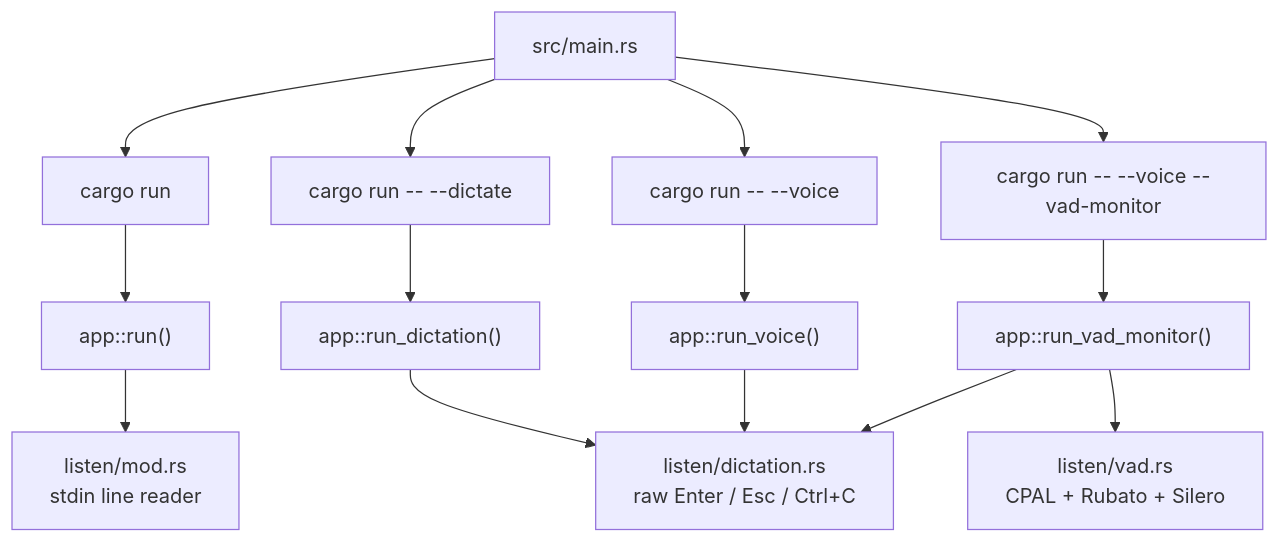
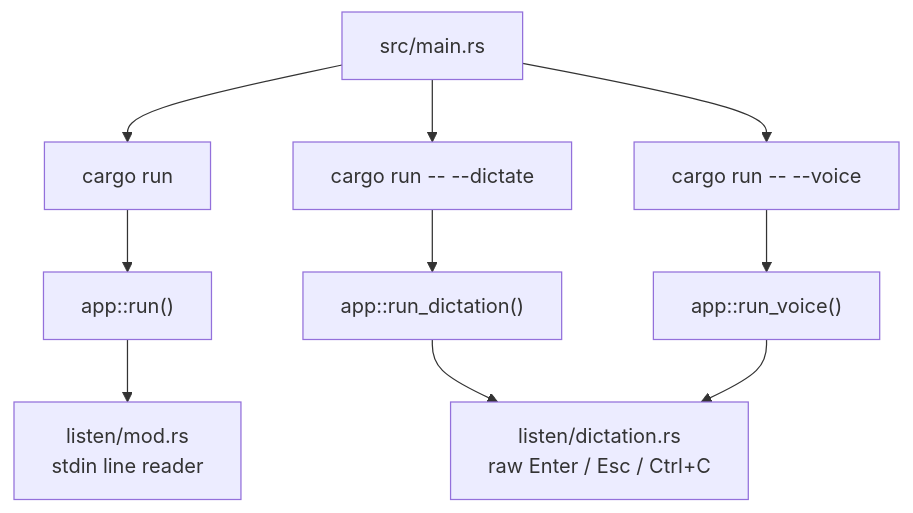
Before and after one commit to samuelebstein/independence: the first of 4 diagrams in README.md, drawn with Mermaid. The commit also changed other lines of this file and 15 other files, not shown here.

````diff
--- a/README.md
+++ b/README.md
@@ -629,18 +470,14 @@
 ```mermaid
 flowchart TD
     Main[src/main.rs] --> Typed["cargo run"]
     Main --> Dictate["cargo run -- --dictate"]
     Main --> Voice["cargo run -- --voice"]
-    Main --> Vad["cargo run -- --voice --vad-monitor"]
 
     Typed --> TypedApp["app::run()"]
     Dictate --> DictationApp["app::run_dictation()"]
     Voice --> VoiceApp["app::run_voice()"]
 
     TypedApp --> LineInput["listen/mod.rs\nstdin line reader"]
     DictationApp --> RawInput["listen/dictation.rs\nraw Enter / Esc / Ctrl+C"]
     VoiceApp --> RawInput
-    Vad --> VadApp["app::run_vad_monitor()"]
-    VadApp --> RawInput
-    VadApp --> VadWorker["listen/vad.rs\nCPAL + Rubato + Silero"]
 ```
````
